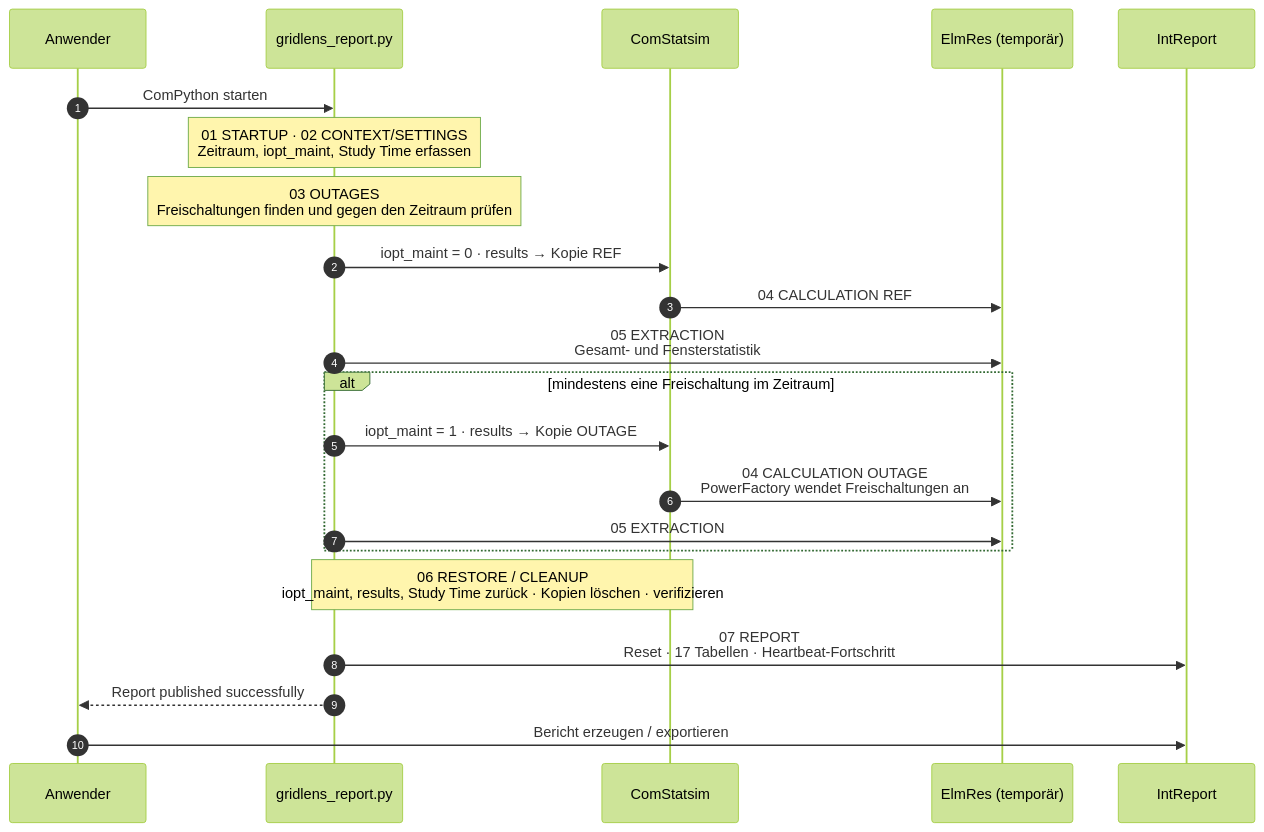
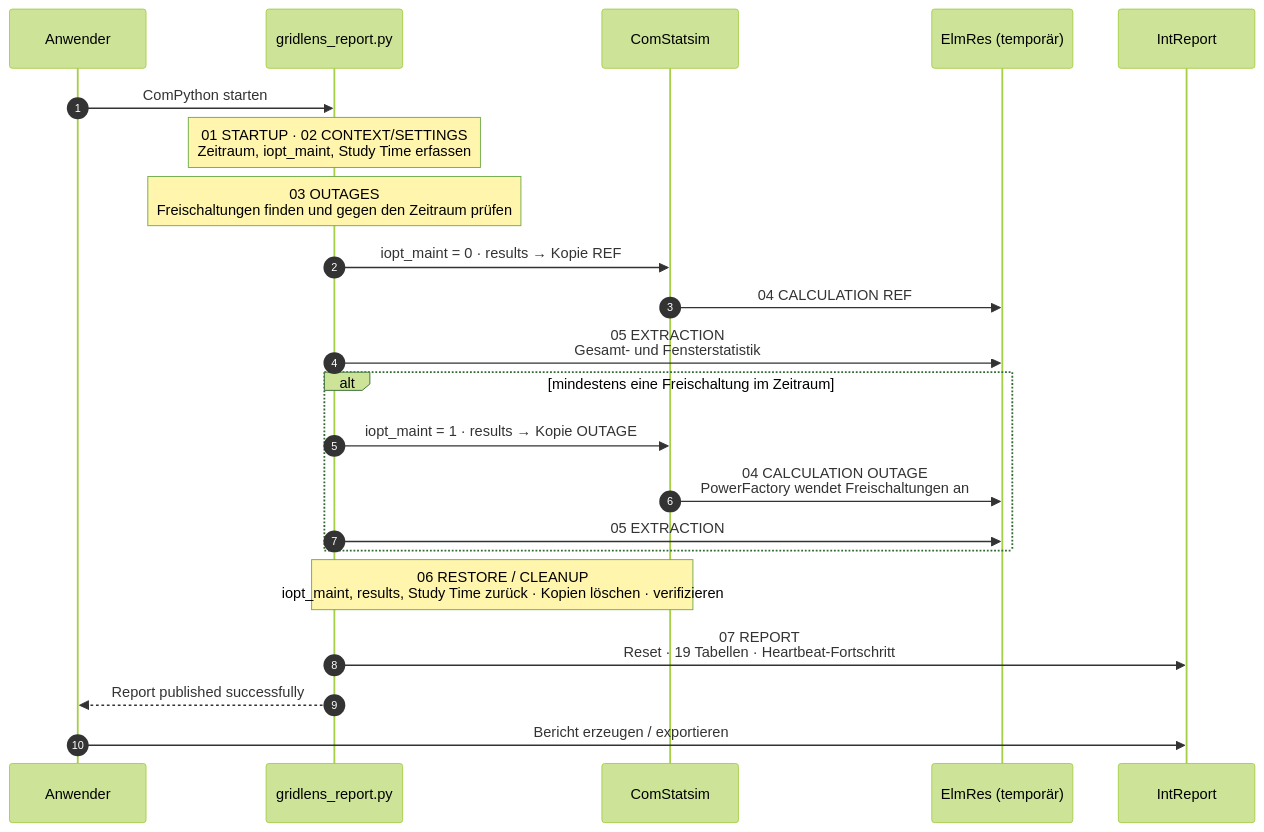
Before and after one commit to hadiibrahim-Engin/gridlens-powerfactory: the second of 8 diagrams in BIG_PICTURE.md, drawn with Mermaid (forest theme). The commit also changed other lines of this file and 7 other files, not shown here.

````diff
--- a/BIG_PICTURE.md
+++ b/BIG_PICTURE.md
@@ -72,28 +72,28 @@
 ```mermaid
 sequenceDiagram
     autonumber
     participant U as Anwender
     participant GL as gridlens_report.py
     participant Q as ComStatsim
     participant E as ElmRes (temporär)
     participant R as IntReport
 
     U->>GL: ComPython starten
     Note over GL: 01 STARTUP · 02 CONTEXT/SETTINGS<br/>Zeitraum, iopt_maint, Study Time erfassen
     Note over GL: 03 OUTAGES<br/>Freischaltungen finden und gegen den Zeitraum prüfen
 
     GL->>Q: iopt_maint = 0 · results → Kopie REF
     Q->>E: 04 CALCULATION REF
     GL->>E: 05 EXTRACTION<br/>Gesamt- und Fensterstatistik
 
     alt mindestens eine Freischaltung im Zeitraum
         GL->>Q: iopt_maint = 1 · results → Kopie OUTAGE
         Q->>E: 04 CALCULATION OUTAGE<br/>PowerFactory wendet Freischaltungen an
         GL->>E: 05 EXTRACTION
     end
 
     Note over GL,Q: 06 RESTORE / CLEANUP<br/>iopt_maint, results, Study Time zurück · Kopien löschen · verifizieren
-    GL->>R: 07 REPORT<br/>Reset · 17 Tabellen · Heartbeat-Fortschritt
+    GL->>R: 07 REPORT<br/>Reset · 19 Tabellen · Heartbeat-Fortschritt
     GL-->>U: Report published successfully
     U->>R: Bericht erzeugen / exportieren
 ```
````
